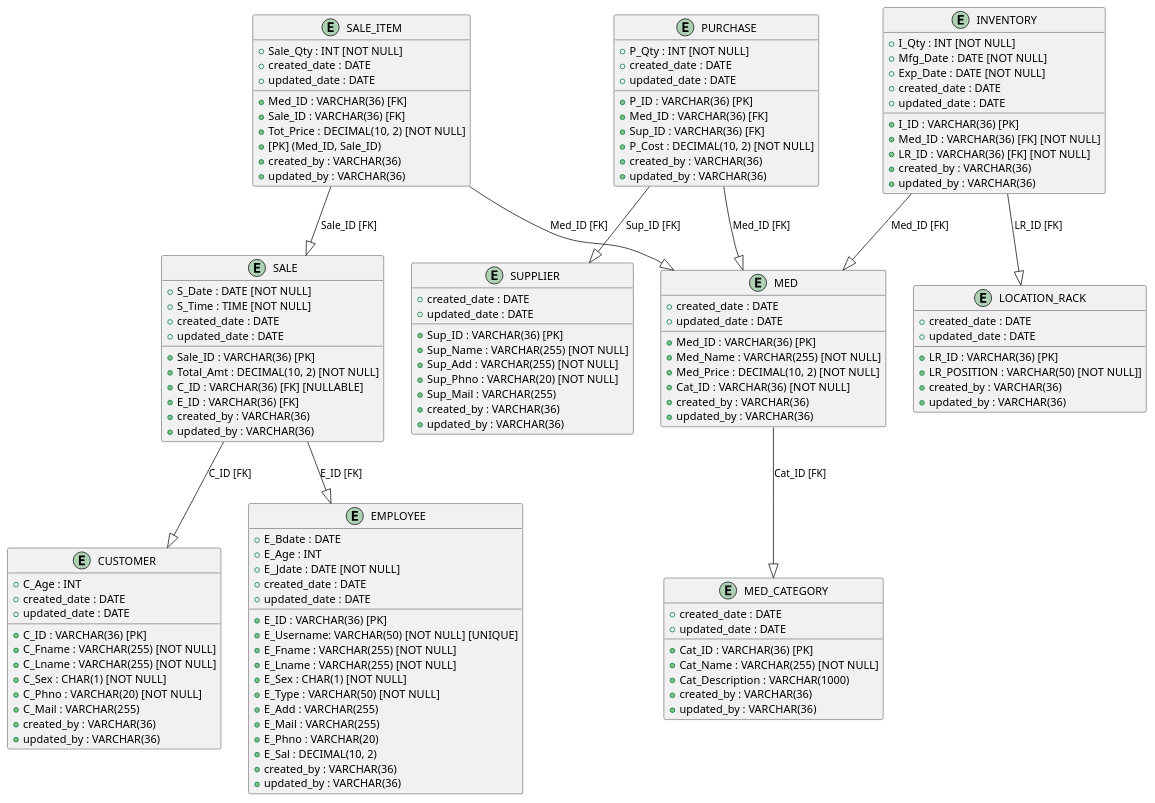
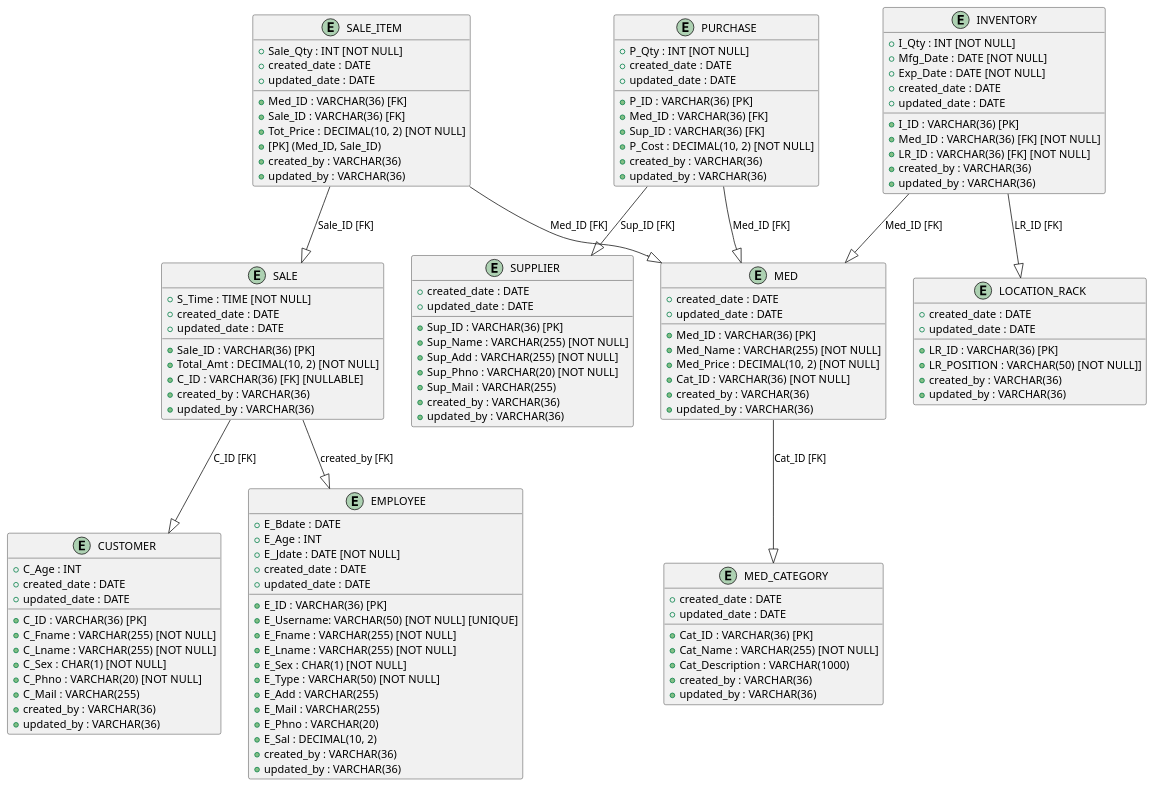
One commit to viettq1997/pharmacy-system changed the diagram in design/RDM.puml. Above: the diagram before and after it, drawn with PlantUML. The commit also changed 35 other files, not shown here.

```diff
--- a/design/RDM.puml
+++ b/design/RDM.puml
@@ -1,138 +1,136 @@
 @startuml
 
 entity "EMPLOYEE" as Employee {
   + E_ID : VARCHAR(36) [PK]
   + E_Username: VARCHAR(50) [NOT NULL] [UNIQUE]
   + E_Fname : VARCHAR(255) [NOT NULL]
   + E_Lname : VARCHAR(255) [NOT NULL]
   + E_Bdate : DATE
   + E_Age : INT
   + E_Sex : CHAR(1) [NOT NULL]
   + E_Type : VARCHAR(50) [NOT NULL]
   + E_Jdate : DATE [NOT NULL]
   + E_Add : VARCHAR(255)
   + E_Mail : VARCHAR(255)
   + E_Phno : VARCHAR(20)
   + E_Sal : DECIMAL(10, 2)
   + created_date : DATE
   + created_by : VARCHAR(36)
   + updated_date : DATE
   + updated_by : VARCHAR(36)
 }
 
 entity "SUPPLIER" as Suppliers {
   + Sup_ID : VARCHAR(36) [PK]
   + Sup_Name : VARCHAR(255) [NOT NULL]
   + Sup_Add : VARCHAR(255) [NOT NULL]
   + Sup_Phno : VARCHAR(20) [NOT NULL]
   + Sup_Mail : VARCHAR(255)
   + created_date : DATE
   + created_by : VARCHAR(36)
   + updated_date : DATE
   + updated_by : VARCHAR(36)
 }
 
 entity "CUSTOMER" as Customer {
   + C_ID : VARCHAR(36) [PK]
   + C_Fname : VARCHAR(255) [NOT NULL]
   + C_Lname : VARCHAR(255) [NOT NULL]
   + C_Age : INT
   + C_Sex : CHAR(1) [NOT NULL]
   + C_Phno : VARCHAR(20) [NOT NULL]
   + C_Mail : VARCHAR(255)
   + created_date : DATE
   + created_by : VARCHAR(36)
   + updated_date : DATE
   + updated_by : VARCHAR(36)
 }
 
 entity "MED_CATEGORY" as MedCategory {
   + Cat_ID : VARCHAR(36) [PK]
   + Cat_Name : VARCHAR(255) [NOT NULL]
   + Cat_Description : VARCHAR(1000)
   + created_date : DATE
   + created_by : VARCHAR(36)
   + updated_date : DATE
   + updated_by : VARCHAR(36)
 }
 
 entity "MED" as Meds {
   + Med_ID : VARCHAR(36) [PK]
   + Med_Name : VARCHAR(255) [NOT NULL]
   + Med_Price : DECIMAL(10, 2) [NOT NULL]
   + Cat_ID : VARCHAR(36) [NOT NULL]
   + created_date : DATE
   + created_by : VARCHAR(36)
   + updated_date : DATE
   + updated_by : VARCHAR(36)
 }
 
 entity "PURCHASE" as Purchase {
   + P_ID : VARCHAR(36) [PK]
   + Med_ID : VARCHAR(36) [FK]
   + Sup_ID : VARCHAR(36) [FK]
   + P_Qty : INT [NOT NULL]
   + P_Cost : DECIMAL(10, 2) [NOT NULL]
   + created_date : DATE
   + created_by : VARCHAR(36)
   + updated_date : DATE
   + updated_by : VARCHAR(36)
 }
 
 entity "SALE" as Sales {
   + Sale_ID : VARCHAR(36) [PK]
-  + S_Date : DATE [NOT NULL]
   + S_Time : TIME [NOT NULL]
   + Total_Amt : DECIMAL(10, 2) [NOT NULL]
   + C_ID : VARCHAR(36) [FK] [NULLABLE]
-  + E_ID : VARCHAR(36) [FK]
   + created_date : DATE
   + created_by : VARCHAR(36)
   + updated_date : DATE
   + updated_by : VARCHAR(36)
 }
 
 entity "SALE_ITEM" as SalesItems {
   + Med_ID : VARCHAR(36) [FK]
   + Sale_ID : VARCHAR(36) [FK]
   + Sale_Qty : INT [NOT NULL]
   + Tot_Price : DECIMAL(10, 2) [NOT NULL]
   + [PK] (Med_ID, Sale_ID)
   + created_date : DATE
   + created_by : VARCHAR(36)
   + updated_date : DATE
   + updated_by : VARCHAR(36)
 }
 
 entity "LOCATION_RACK" as LocationRack {
   + LR_ID : VARCHAR(36) [PK]
   + LR_POSITION : VARCHAR(50) [NOT NULL]]
   + created_date : DATE
   + created_by : VARCHAR(36)
   + updated_date : DATE
   + updated_by : VARCHAR(36)
 }
 
 entity "INVENTORY" as Inventory {
   + I_ID : VARCHAR(36) [PK]
   + Med_ID : VARCHAR(36) [FK] [NOT NULL]
   + LR_ID : VARCHAR(36) [FK] [NOT NULL]
   + I_Qty : INT [NOT NULL]
   + Mfg_Date : DATE [NOT NULL]
   + Exp_Date : DATE [NOT NULL]
   + created_date : DATE
   + created_by : VARCHAR(36)
   + updated_date : DATE
   + updated_by : VARCHAR(36)
 }
 
-Sales --|> Employee : E_ID [FK]
+Sales --|> Employee : created_by [FK]
 Sales --|> Customer : C_ID [FK]
 SalesItems --|> Sales : Sale_ID [FK]
 SalesItems --|> Meds : Med_ID [FK]
 Purchase --|> Meds : Med_ID [FK]
 Purchase --|> Suppliers : Sup_ID [FK]
 Inventory --|> Meds : Med_ID [FK]
 Inventory --|> LocationRack : LR_ID [FK]
 Meds --|> MedCategory: Cat_ID [FK]
 @enduml
```
